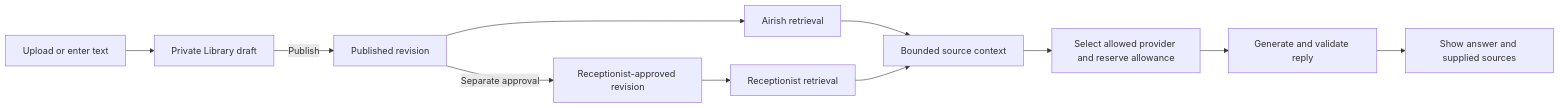
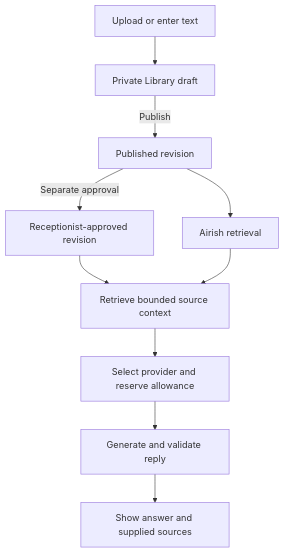
One commit to marckengland/flowrish-next changed the second of 4 diagrams in docs/DATA_FLOWS.md. Above: the diagram before and after it, drawn with Mermaid. The commit also changed other lines of this file and 2 other files, not shown here.

Commit message:
docs: keep flowchart labels readable at page width

````diff
--- a/docs/DATA_FLOWS.md
+++ b/docs/DATA_FLOWS.md
@@ -25,13 +25,12 @@
 ```mermaid
-flowchart LR
+flowchart TD
     upload["Upload or enter text"] --> draft["Private Library draft"]
     draft -->|Publish| published["Published revision"]
     published --> internal["Airish retrieval"]
     published -->|Separate approval| approved["Receptionist-approved revision"]
-    approved --> public["Receptionist retrieval"]
-    internal --> context["Bounded source context"]
-    public --> context
-    context --> budget["Select allowed provider and reserve allowance"]
+    approved --> context["Retrieve bounded source context"]
+    internal --> context
+    context --> budget["Select provider and reserve allowance"]
     budget --> answer["Generate and validate reply"]
     answer --> display["Show answer and supplied sources"]
 ```
````
